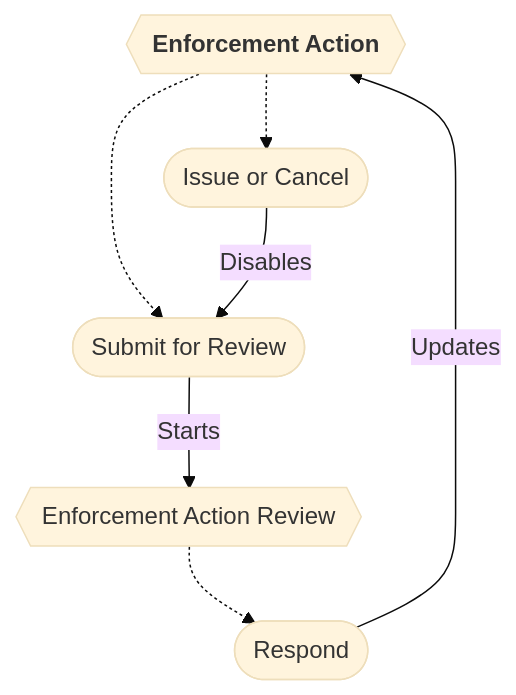
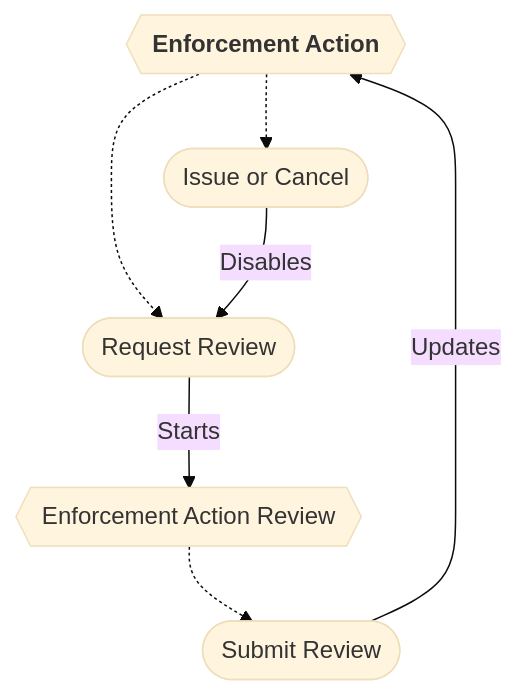
One commit to gaepdit/air-web changed the fifth of 5 diagrams in docs/Workflows/Enforcement-workflow.md. Above: the diagram before and after it, drawn with Mermaid (base theme). The commit also changed other lines of this file and 5 other files, not shown here.

````diff
--- a/docs/Workflows/Enforcement-workflow.md
+++ b/docs/Workflows/Enforcement-workflow.md
@@ -153,15 +153,15 @@
 ```mermaid
 flowchart
     ACT{{"`**Enforcement Action**`"}}
     REV{{"Enforcement Action Review"}}
-    review([Submit for Review])
-    respond([Respond])
+    review([Request Review])
+    respond([Submit Review])
     issue([Issue or Cancel])
     ACT -.-> review
     ACT -.-> issue
     REV -.-> respond
     issue -->|Disables| review
     respond -->|Updates| ACT
     review -->|Starts| REV
 
 ```
````
